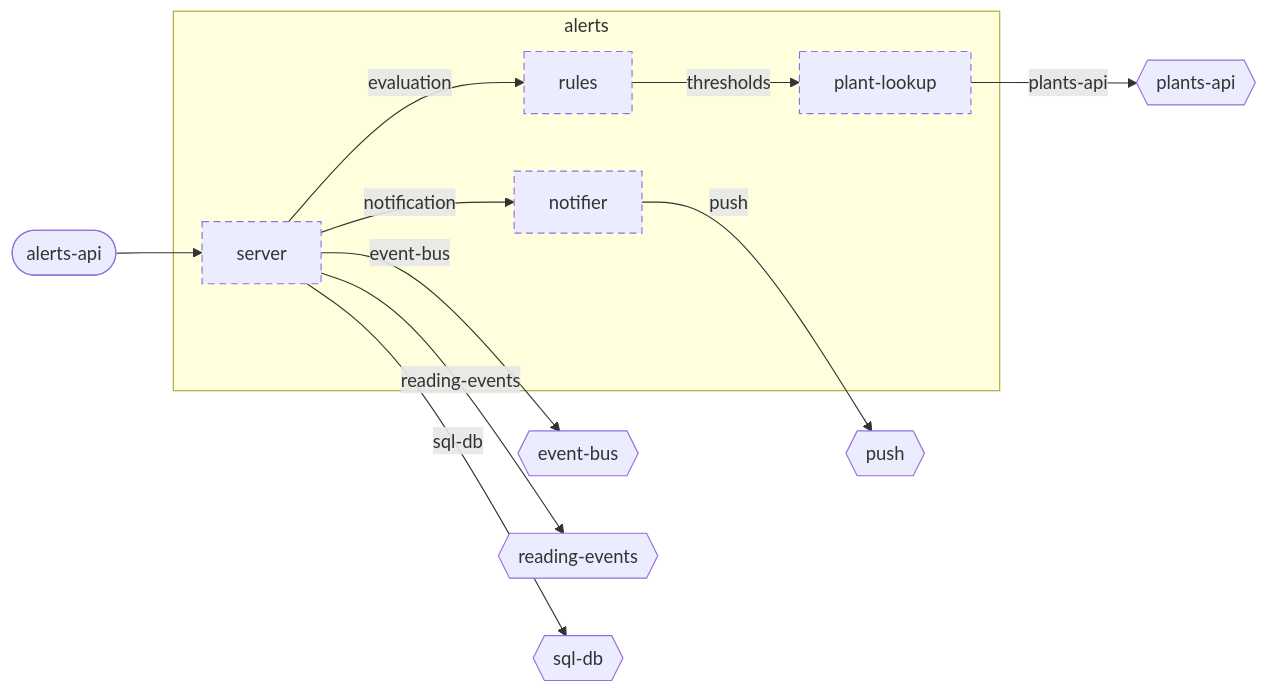
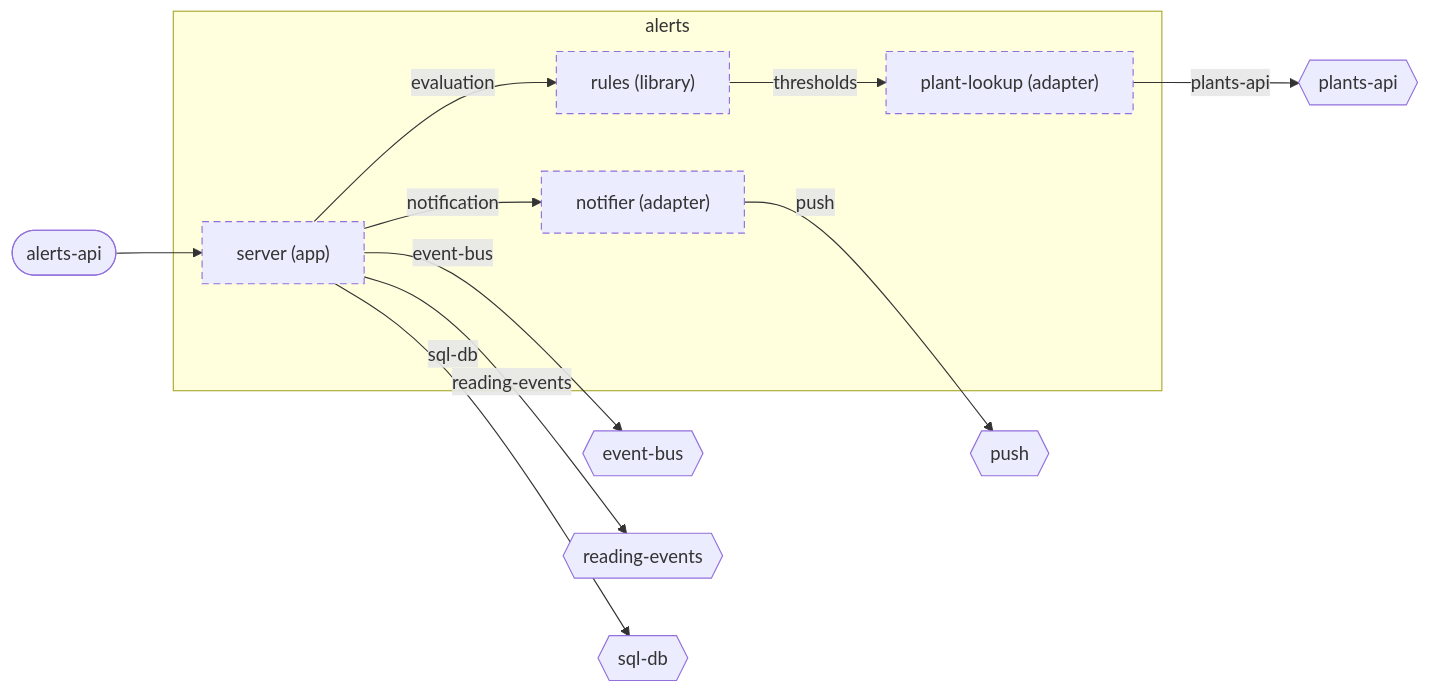
Before and after one commit to wackazong/unifold: the diagram in examples/plantwatch/cloud/services/alerts/docs/diagrams/component.md, drawn with Mermaid. The commit also changed other lines of this file and 339 other files, not shown here.

````diff
--- a/examples/plantwatch/cloud/services/alerts/docs/diagrams/component.md
+++ b/examples/plantwatch/cloud/services/alerts/docs/diagrams/component.md
@@ -8,29 +8,29 @@
 ```mermaid
 flowchart LR
   subgraph u_cloud__services__alerts["alerts"]
-    u_cloud__services__alerts__notifier["notifier"]
-    u_cloud__services__alerts__plant_dlookup["plant-lookup"]
-    u_cloud__services__alerts__rules["rules"]
-    u_cloud__services__alerts__server["server"]
+    u_cloud__services__alerts__notifier["notifier (adapter)"]
+    u_cloud__services__alerts__plant_dlookup["plant-lookup (adapter)"]
+    u_cloud__services__alerts__rules["rules (library)"]
+    u_cloud__services__alerts__server["server (app)"]
   end
   n_cloud__services__alerts___push{{"push"}}
   n_cloud__services__alerts___plants_dapi{{"plants-api"}}
   n_cloud__services__alerts___event_dbus{{"event-bus"}}
   n_cloud__services__alerts___reading_devents{{"reading-events"}}
   n_cloud__services__alerts___sql_ddb{{"sql-db"}}
   p_cloud__services__alerts___alerts_dapi(["alerts-api"])
   u_cloud__services__alerts__server -->|"evaluation"| u_cloud__services__alerts__rules
   u_cloud__services__alerts__server -->|"notification"| u_cloud__services__alerts__notifier
   u_cloud__services__alerts__rules -->|"thresholds"| u_cloud__services__alerts__plant_dlookup
   u_cloud__services__alerts__notifier -->|"push"| n_cloud__services__alerts___push
   u_cloud__services__alerts__plant_dlookup -->|"plants-api"| n_cloud__services__alerts___plants_dapi
   u_cloud__services__alerts__server -->|"event-bus"| n_cloud__services__alerts___event_dbus
   u_cloud__services__alerts__server -->|"reading-events"| n_cloud__services__alerts___reading_devents
   u_cloud__services__alerts__server -->|"sql-db"| n_cloud__services__alerts___sql_ddb
   p_cloud__services__alerts___alerts_dapi --> u_cloud__services__alerts__server
   classDef focus stroke-width:4px
   classDef planned stroke-dasharray:6 4
   classDef deprecated stroke-dasharray:2 2,opacity:0.6
   classDef plain stroke-dasharray:2 3
   class u_cloud__services__alerts__notifier,u_cloud__services__alerts__plant_dlookup,u_cloud__services__alerts__rules,u_cloud__services__alerts__server planned
 ```
````
